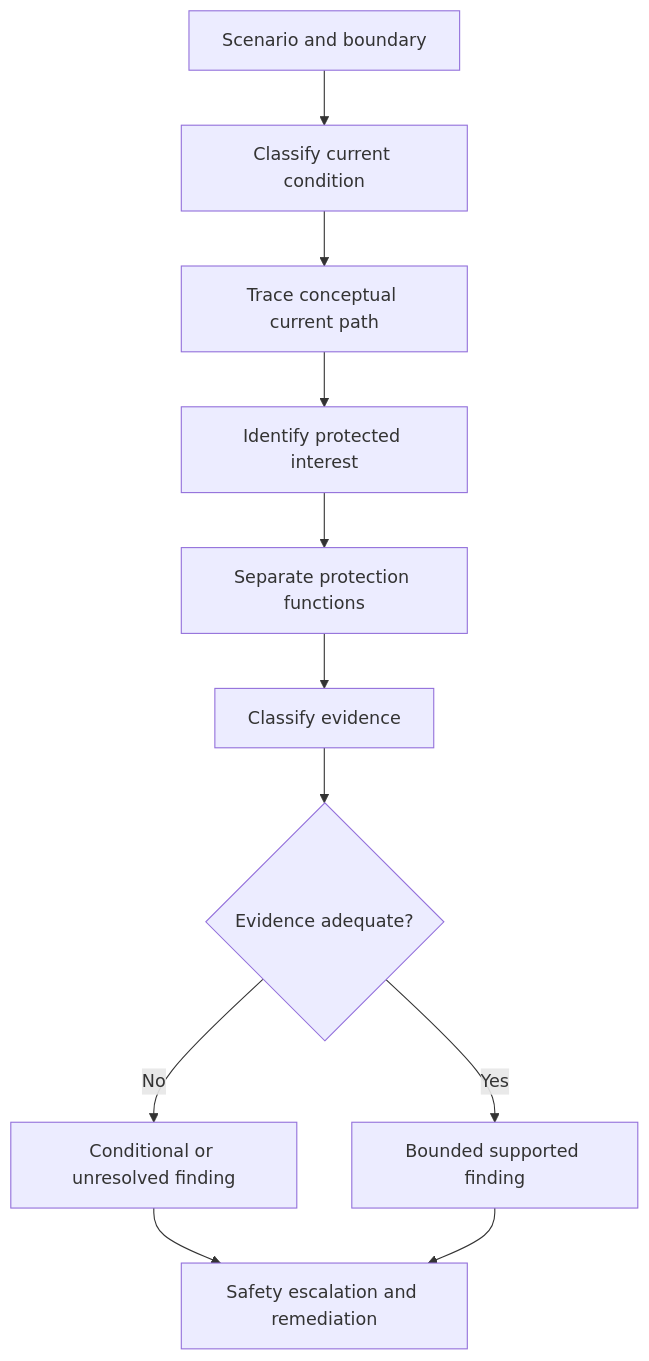
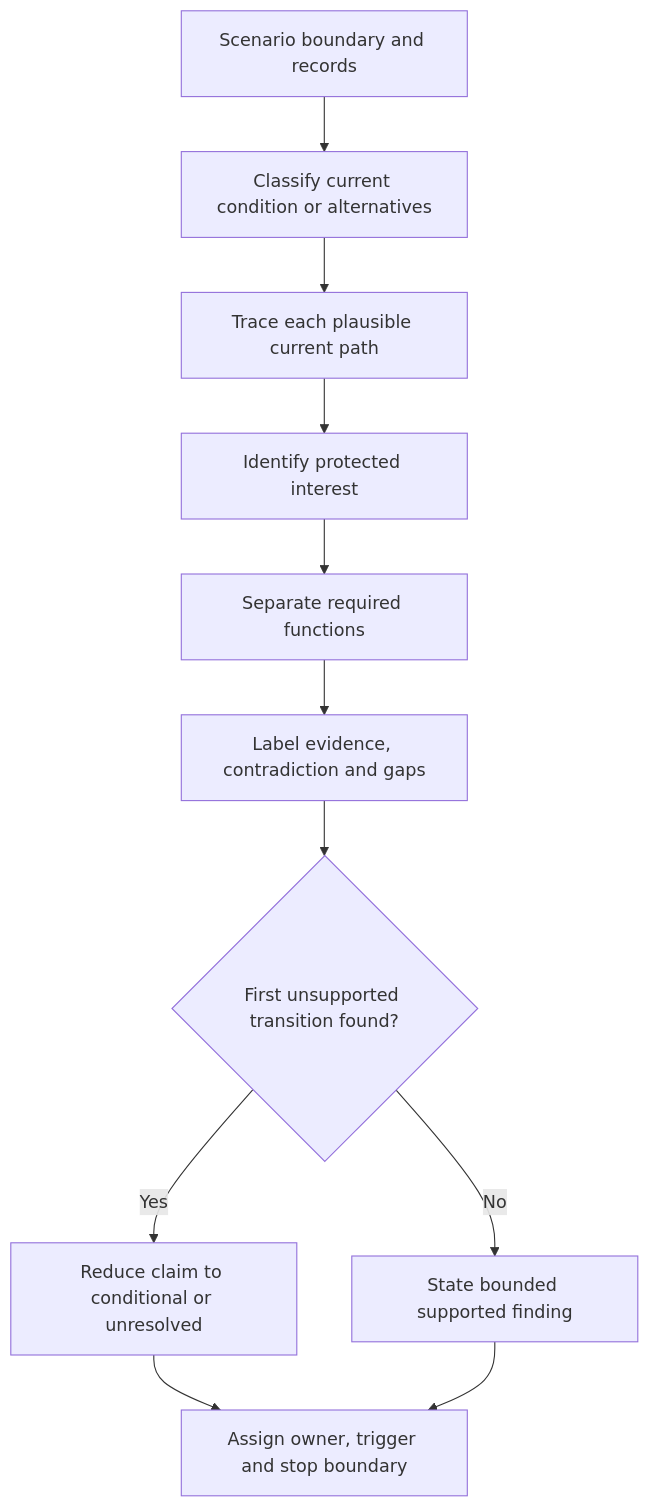
One commit to andrew3stedall/capstone changed the first of 2 diagrams in docs/learning-plans/12-week/modules/day-14-week-2-protection-integration-checkpoint.md. Above: the diagram before and after it, drawn with Mermaid. The commit also changed other lines of this file, not shown here.

Commit message:
Improve Day 14 protection integration checkpoint

````diff
--- a/docs/learning-plans/12-week/modules/day-14-week-2-protection-integration-checkpoint.md
+++ b/docs/learning-plans/12-week/modules/day-14-week-2-protection-integration-checkpoint.md
@@ -100,13 +112,13 @@
 ```mermaid
 flowchart TD
-    A["Scenario and boundary"] --> B["Classify current condition"]
-    B --> C["Trace conceptual current path"]
+    A["Scenario boundary and records"] --> B["Classify current condition or alternatives"]
+    B --> C["Trace each plausible current path"]
     C --> D["Identify protected interest"]
-    D --> E["Separate protection functions"]
-    E --> F["Classify evidence"]
-    F --> G{"Evidence adequate?"}
-    G -->|"No"| H["Conditional or unresolved finding"]
-    G -->|"Yes"| I["Bounded supported finding"]
-    H --> J["Safety escalation and remediation"]
+    D --> E["Separate required functions"]
+    E --> F["Label evidence, contradiction and gaps"]
+    F --> G{"First unsupported transition found?"}
+    G -->|"Yes"| H["Reduce claim to conditional or unresolved"]
+    G -->|"No"| I["State bounded supported finding"]
+    H --> J["Assign owner, trigger and stop boundary"]
     I --> J
 ```
````
